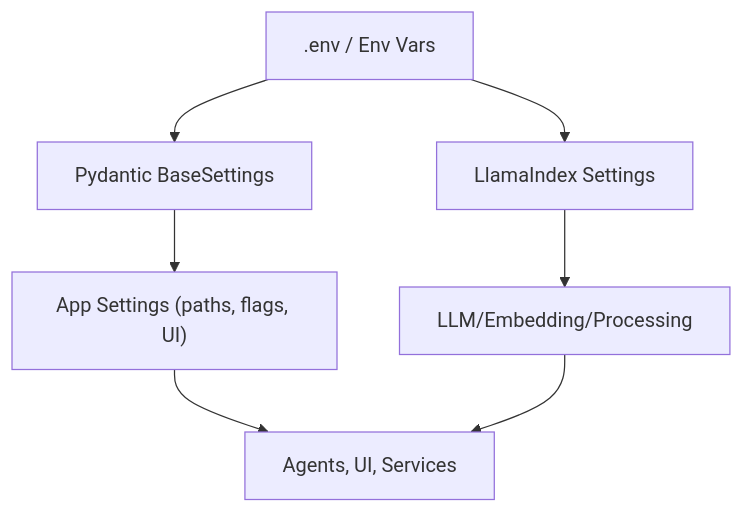
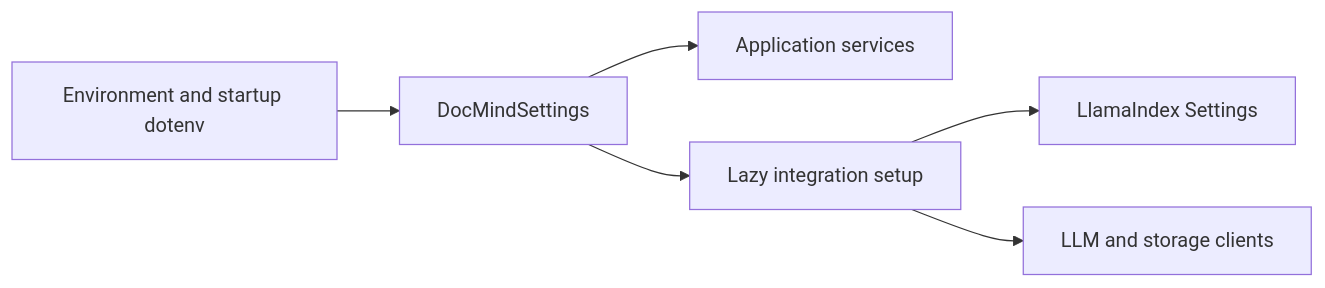
The diagram in docs/developers/adrs/ADR-024-configuration-architecture.md (BjornMelin/docmind-ai-llm), drawn with Mermaid before and after one commit. The commit also changed other lines of this file and 284 other files, not shown here.

````diff
--- a/docs/developers/adrs/ADR-024-configuration-architecture.md
+++ b/docs/developers/adrs/ADR-024-configuration-architecture.md
@@ -104,9 +44,8 @@
 ```mermaid
-graph TD
-  E[".env / Env Vars"] --> P["Pydantic BaseSettings"]
-  P --> A["App Settings (paths, flags, UI)"]
-  E --> L["LlamaIndex Settings"]
-  L --> M["LLM/Embedding/Processing"]
-  A --> U["Agents, UI, Services"]
-  M --> U
+flowchart LR
+    ENV["Environment and startup dotenv"] --> PYDANTIC["DocMindSettings"]
+    PYDANTIC --> APP["Application services"]
+    PYDANTIC --> INTEGRATIONS["Lazy integration setup"]
+    INTEGRATIONS --> LLAMA["LlamaIndex Settings"]
+    INTEGRATIONS --> PROVIDERS["LLM and storage clients"]
 ```
````
